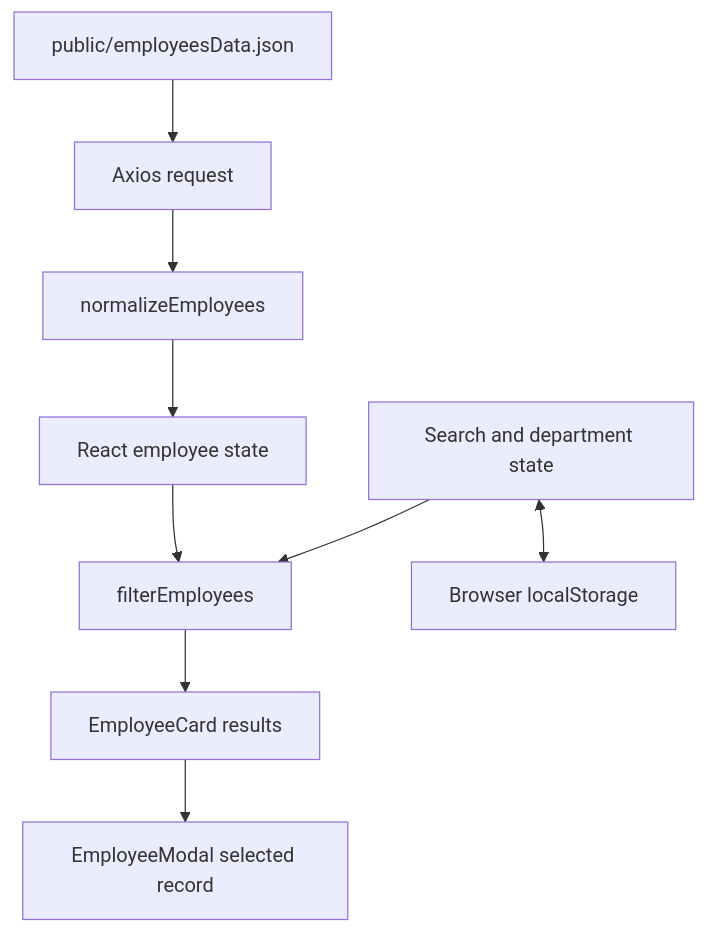
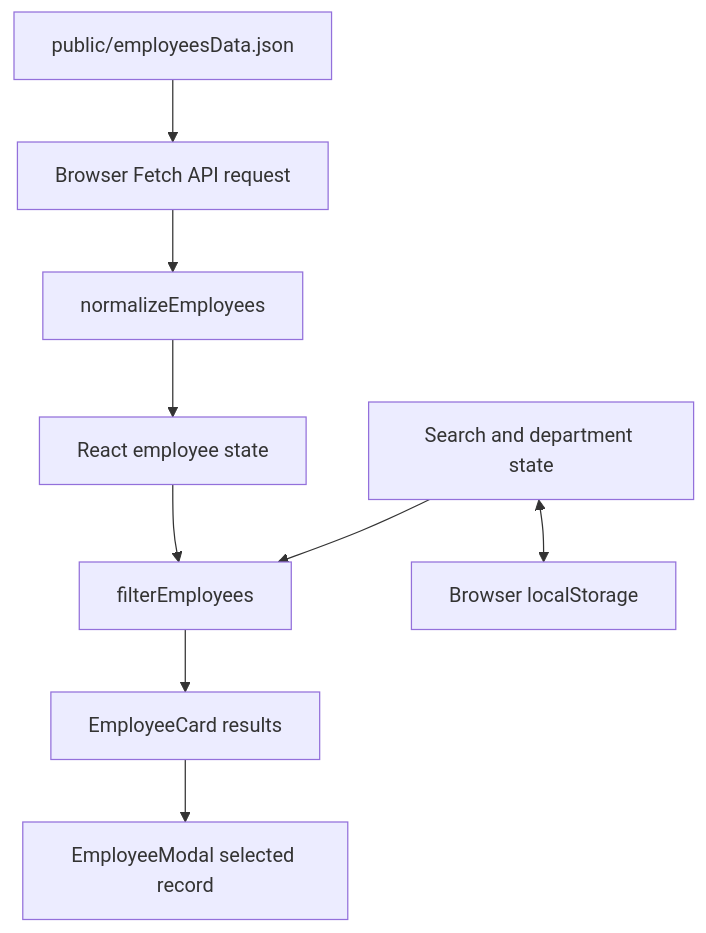
Before and after one commit to Brajesh31/codersh_task: the diagram in docs/data-flow.md, drawn with Mermaid. The commit also changed other lines of this file and 17 other files, not shown here.

````diff
--- a/docs/data-flow.md
+++ b/docs/data-flow.md
@@ -16,11 +16,11 @@
 ```mermaid
 flowchart TD
-  A[public/employeesData.json] --> B[Axios request]
+  A[public/employeesData.json] --> B[Browser Fetch API request]
   B --> C[normalizeEmployees]
   C --> D[React employee state]
   D --> E[filterEmployees]
   E --> F[EmployeeCard results]
   F --> G[EmployeeModal selected record]
   H[Search and department state] --> E
   H <--> I[Browser localStorage]
 ```
````
